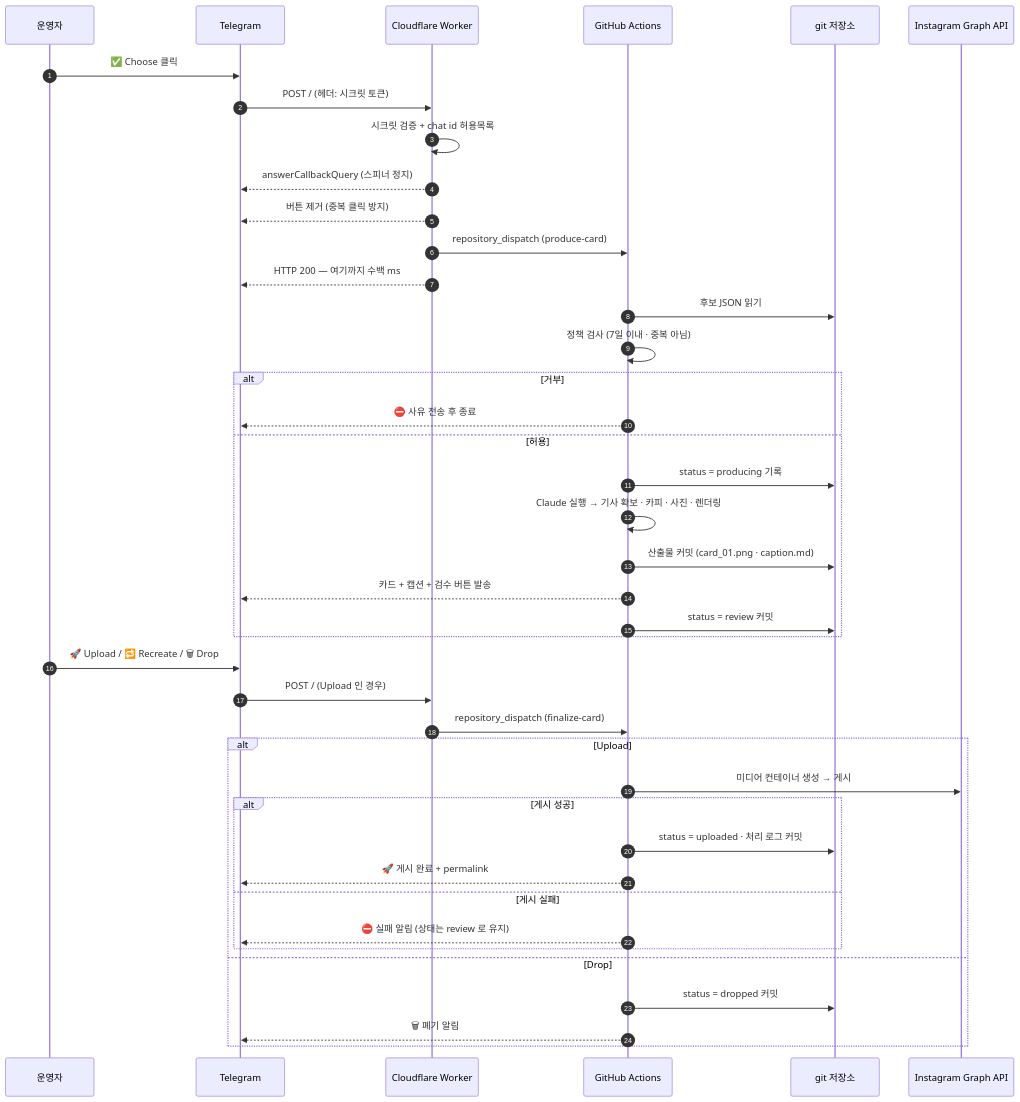
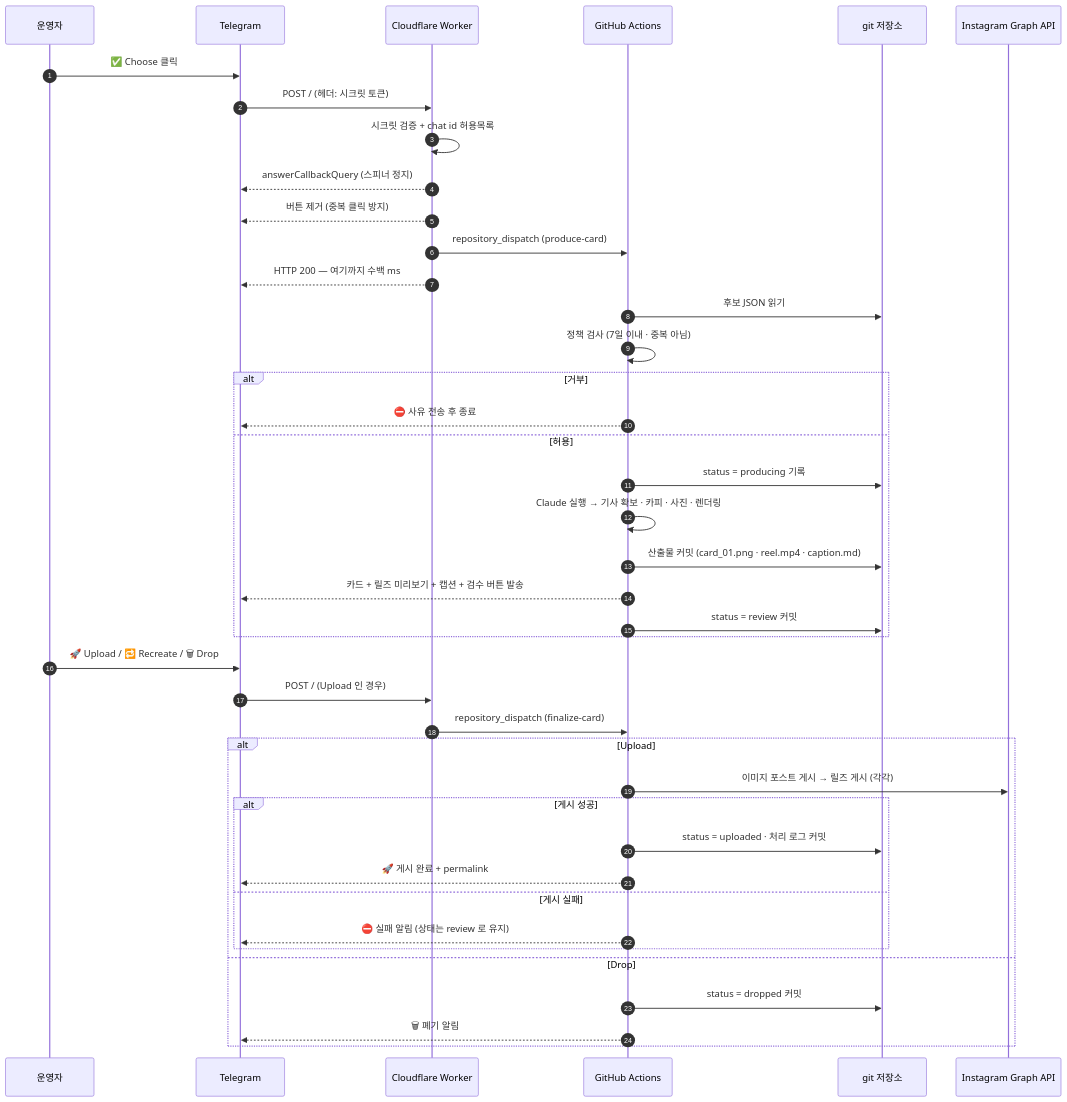
Before and after one commit to myoungah-kim/cardnews-surfing-magazine: the third of 5 diagrams in ARCHITECTURE.md, drawn with Mermaid. The commit also changed other lines of this file and 14 other files, not shown here.

````diff
--- a/ARCHITECTURE.md
+++ b/ARCHITECTURE.md
@@ -94,46 +94,46 @@
 ```mermaid
 sequenceDiagram
     autonumber
     participant U as 운영자
     participant T as Telegram
     participant W as Cloudflare Worker
     participant G as GitHub Actions
     participant R as git 저장소
     participant IG as Instagram Graph API
 
     U->>T: ✅ Choose 클릭
     T->>W: POST /  (헤더: 시크릿 토큰)
     W->>W: 시크릿 검증 + chat id 허용목록
     W-->>T: answerCallbackQuery (스피너 정지)
     W-->>T: 버튼 제거 (중복 클릭 방지)
     W->>G: repository_dispatch (produce-card)
     W-->>T: HTTP 200 — 여기까지 수백 ms
 
     G->>R: 후보 JSON 읽기
     G->>G: 정책 검사 (7일 이내 · 중복 아님)
     alt 거부
         G-->>T: ⛔ 사유 전송 후 종료
     else 허용
         G->>R: status = producing 기록
         G->>G: Claude 실행 → 기사 확보 · 카피 · 사진 · 렌더링
-        G->>R: 산출물 커밋 (card_01.png · caption.md)
-        G-->>T: 카드 + 캡션 + 검수 버튼 발송
+        G->>R: 산출물 커밋 (card_01.png · reel.mp4 · caption.md)
+        G-->>T: 카드 + 릴즈 미리보기 + 캡션 + 검수 버튼 발송
         G->>R: status = review 커밋
     end
 
     U->>T: 🚀 Upload / 🔁 Recreate / 🗑 Drop
     T->>W: POST / (Upload 인 경우)
     W->>G: repository_dispatch (finalize-card)
     alt Upload
-        G->>IG: 미디어 컨테이너 생성 → 게시
+        G->>IG: 이미지 포스트 게시 → 릴즈 게시 (각각)
         alt 게시 성공
             G->>R: status = uploaded · 처리 로그 커밋
             G-->>T: 🚀 게시 완료 + permalink
         else 게시 실패
             G-->>T: ⛔ 실패 알림 (상태는 review 로 유지)
         end
     else Drop
         G->>R: status = dropped 커밋
         G-->>T: 🗑 폐기 알림
     end
 ```
````
